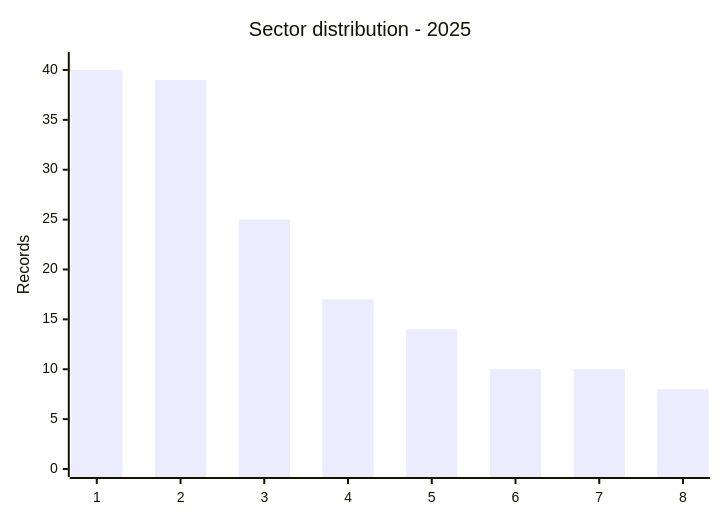
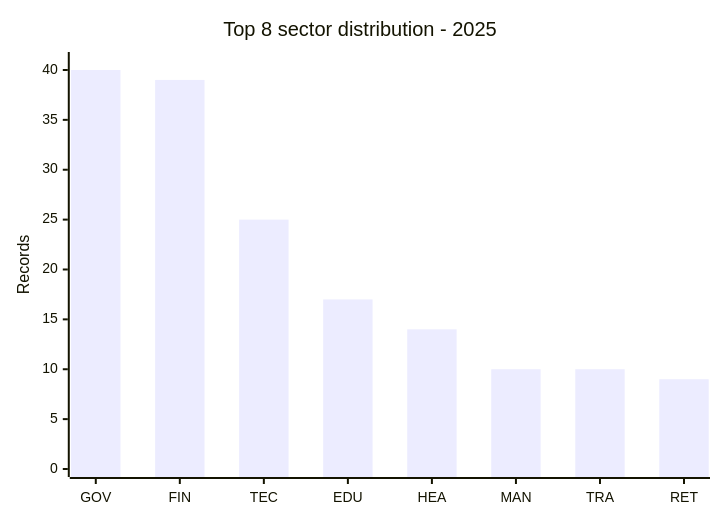
One commit to Hatchepsoute/AFRINTEL changed the fourth of 7 diagrams in CyberAttackAfrica/2025/README.md. Above: the diagram before and after it, drawn with Mermaid. The commit also changed other lines of this file and 112 other files, not shown here.

````diff
--- a/CyberAttackAfrica/2025/README.md
+++ b/CyberAttackAfrica/2025/README.md
@@ -163,7 +236,7 @@
 ```mermaid
 xychart-beta
-    title "Sector distribution - 2025"
-    x-axis ["1","2","3","4","5","6","7","8"]
+    title "Top 8 sector distribution - 2025"
+    x-axis ["GOV","FIN","TEC","EDU","HEA","MAN","TRA","RET"]
     y-axis "Records" 0 --> 41
-    bar [40,39,25,17,14,10,10,8]
+    bar [40,39,25,17,14,10,10,9]
 ```
````
